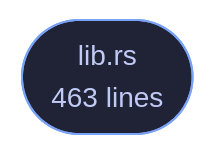
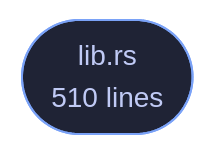
The diagram in crates/veilvoice-check/README.md (tilas01/veilvoice), drawn with Mermaid before and after one commit. The commit also changed other lines of this file and 40 other files, not shown here.

````diff
--- a/crates/veilvoice-check/README.md
+++ b/crates/veilvoice-check/README.md
@@ -93,6 +93,6 @@
 ```mermaid
 %%{init: {"theme":"base","themeVariables":{"background":"#1a1b26","primaryColor":"#1f2335","primaryTextColor":"#c0caf5","primaryBorderColor":"#7aa2f7","secondaryColor":"#16161e","tertiaryColor":"#16161e","lineColor":"#737aa2","textColor":"#c0caf5","mainBkg":"#1f2335","nodeBorder":"#7aa2f7","clusterBkg":"#16161e","clusterBorder":"#2f3549","fontFamily":"ui-monospace, SFMono-Regular, Consolas, monospace","fontSize":"14px"}}}%%
 flowchart TD
-    n_lib(["lib.rs<br/>463 lines"])
+    n_lib(["lib.rs<br/>510 lines"])
     click n_lib href "https://github.com/tilas01/veilvoice/blob/main/crates/veilvoice-check/src/lib.rs" "open the source"
 ```
````
